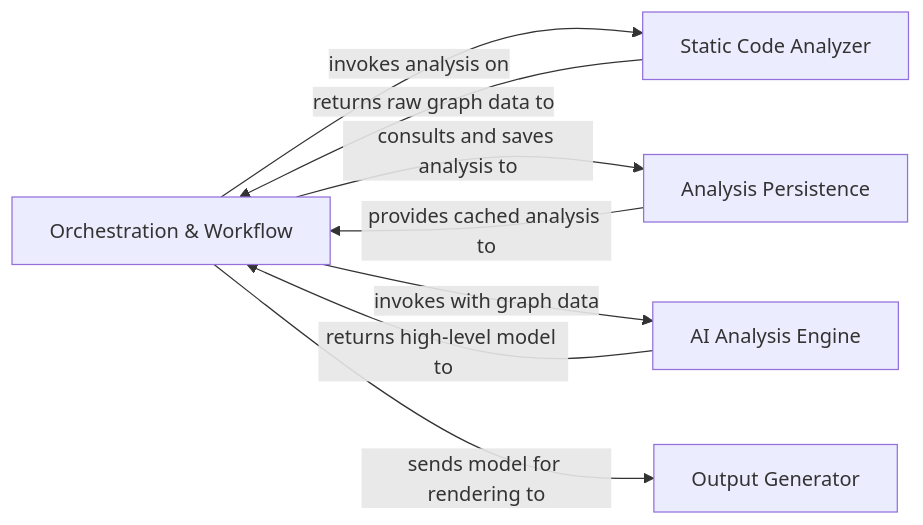
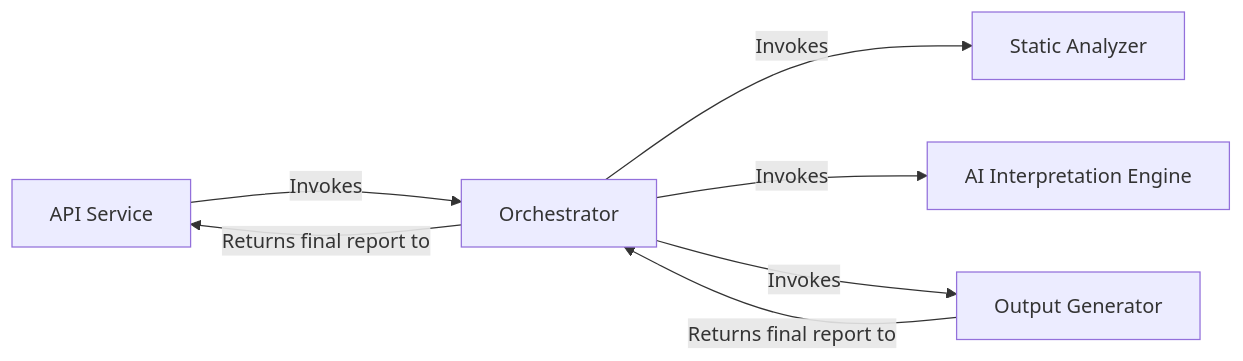
Before and after one commit to mariyam866/CodeBoarding: the diagram in .codeboarding/on_boarding.md, drawn with Mermaid. The commit also changed other lines of this file and 13 other files, not shown here.

First line of the commit message:
docs: update codeboarding documentation and generate architecture

````diff
--- a/.codeboarding/on_boarding.md
+++ b/.codeboarding/on_boarding.md
@@ -1,18 +1,16 @@
 ```mermaid
 graph LR
-    Orchestration_Workflow["Orchestration & Workflow"]
-    Static_Code_Analyzer["Static Code Analyzer"]
-    AI_Analysis_Engine["AI Analysis Engine"]
-    Analysis_Persistence["Analysis Persistence"]
+    API_Service["API Service"]
+    Orchestrator["Orchestrator"]
+    Static_Analyzer["Static Analyzer"]
+    AI_Interpretation_Engine["AI Interpretation Engine"]
     Output_Generator["Output Generator"]
-    Orchestration_Workflow -- "invokes analysis on" --> Static_Code_Analyzer
-    Static_Code_Analyzer -- "returns raw graph data to" --> Orchestration_Workflow
-    Orchestration_Workflow -- "consults and saves analysis to" --> Analysis_Persistence
-    Analysis_Persistence -- "provides cached analysis to" --> Orchestration_Workflow
-    Orchestration_Workflow -- "invokes with graph data" --> AI_Analysis_Engine
-    AI_Analysis_Engine -- "returns high-level model to" --> Orchestration_Workflow
-    Orchestration_Workflow -- "sends model for rendering to" --> Output_Generator
-    click Orchestration_Workflow href "https://github.com/CodeBoarding/CodeBoarding/blob/main/.codeboarding/Orchestration_Workflow.md" "Details"
-    click Static_Code_Analyzer href "https://github.com/CodeBoarding/CodeBoarding/blob/main/.codeboarding/Static_Code_Analyzer.md" "Details"
-    click AI_Analysis_Engine href "https://github.com/CodeBoarding/CodeBoarding/blob/main/.codeboarding/AI_Analysis_Engine.md" "Details"
+    API_Service -- "Invokes" --> Orchestrator
+    Orchestrator -- "Invokes" --> Static_Analyzer
+    Orchestrator -- "Invokes" --> AI_Interpretation_Engine
+    Orchestrator -- "Invokes" --> Output_Generator
+    Output_Generator -- "Returns final report to" --> Orchestrator
+    Orchestrator -- "Returns final report to" --> API_Service
+    click Static_Analyzer href "https://github.com/CodeBoarding/CodeBoarding/blob/main/.codeboarding/Static_Analyzer.md" "Details"
+    click AI_Interpretation_Engine href "https://github.com/CodeBoarding/CodeBoarding/blob/main/.codeboarding/AI_Interpretation_Engine.md" "Details"
 ```
````
